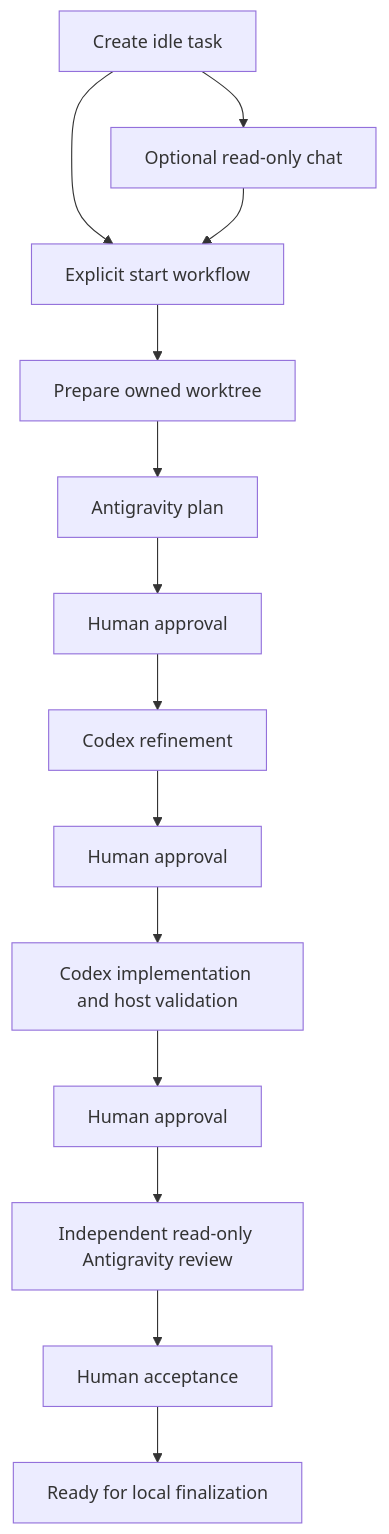
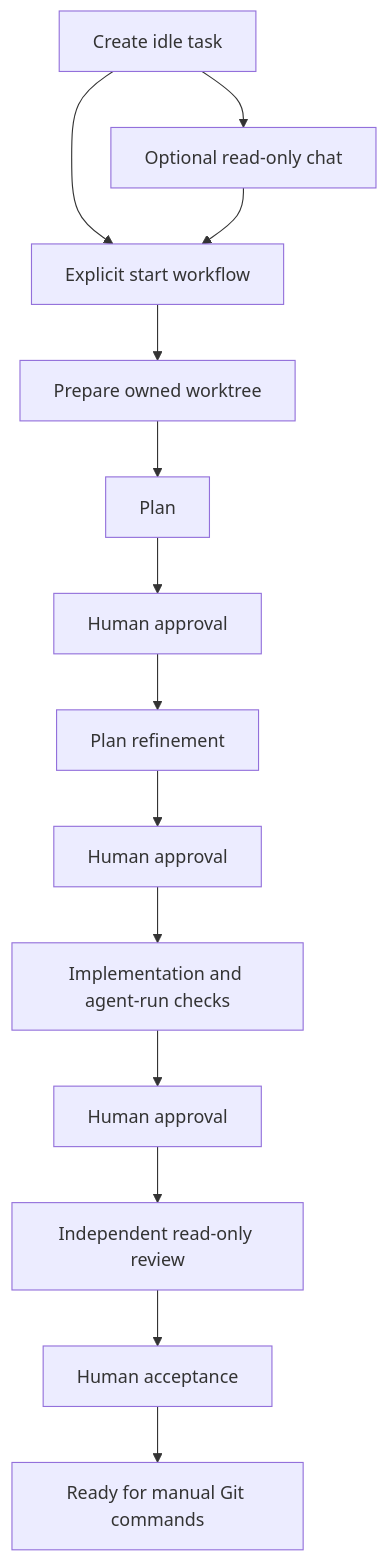
Before and after one commit to akshajrawat/akkco-vibestar: the second of 2 diagrams in ARCHITECTURE.md, drawn with Mermaid. The commit also changed other lines of this file and 173 other files, not shown here.

````diff
--- a/ARCHITECTURE.md
+++ b/ARCHITECTURE.md
@@ -88,16 +91,16 @@
 ```mermaid
 flowchart TD
   Create[Create idle task] --> Chat[Optional read-only chat]
   Create --> Start[Explicit start workflow]
   Chat --> Start
   Start --> Prepare[Prepare owned worktree]
-  Prepare --> Plan[Antigravity plan]
+  Prepare --> Plan[Plan]
   Plan --> Gate1[Human approval]
-  Gate1 --> Refine[Codex refinement]
+  Gate1 --> Refine[Plan refinement]
   Refine --> Gate2[Human approval]
-  Gate2 --> Implement[Codex implementation and host validation]
+  Gate2 --> Implement[Implementation and agent-run checks]
   Implement --> Gate3[Human approval]
-  Gate3 --> Review[Independent read-only Antigravity review]
+  Gate3 --> Review[Independent read-only review]
   Review --> Gate4[Human acceptance]
-  Gate4 --> Ready[Ready for local finalization]
+  Gate4 --> Ready[Ready for manual Git commands]
 ```
````
